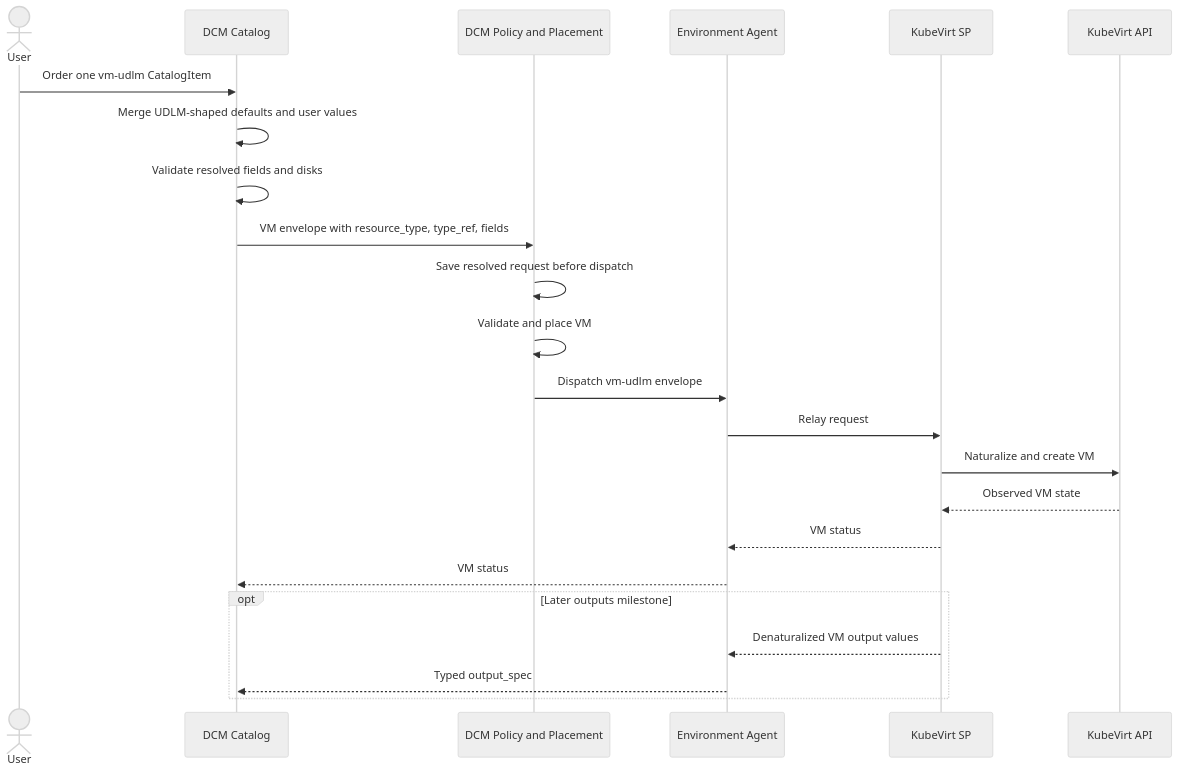
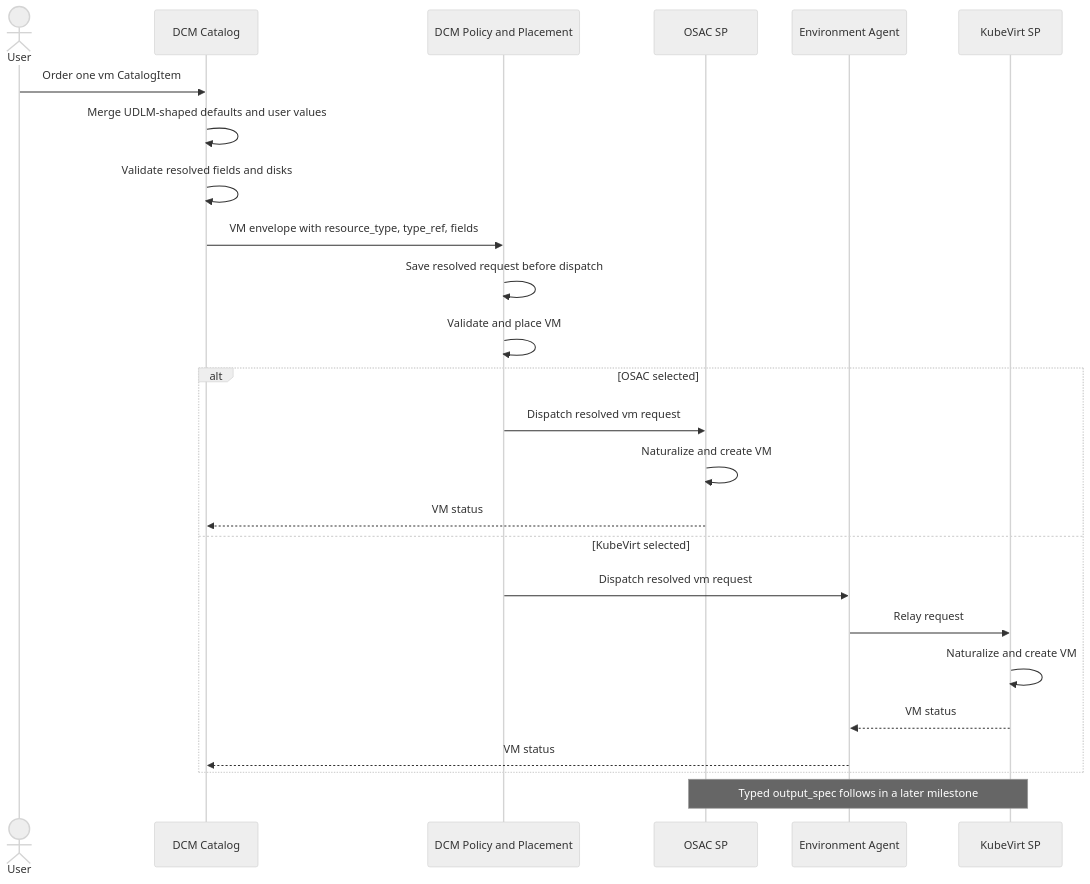
The diagram in enhancements/dcm-udlm-alignment/dcm-udlm-alignment.md (dcm-project/enhancements), drawn with Mermaid (neutral theme) before and after one commit. The commit also changed other lines of this file, not shown here.

Commit message:
docs(dcm-udlm-alignment): use one UDLM VM contract

````diff
--- a/enhancements/dcm-udlm-alignment/dcm-udlm-alignment.md
+++ b/enhancements/dcm-udlm-alignment/dcm-udlm-alignment.md
@@ -350,25 +328,27 @@
 ```mermaid
 sequenceDiagram
     actor User
     participant Catalog as DCM Catalog
     participant Policy as DCM Policy and Placement
+    participant OSAC as OSAC SP
     participant Agent as Environment Agent
-    participant SP as KubeVirt SP
-    participant KubeVirt as KubeVirt API
-    User->>Catalog: Order one vm-udlm CatalogItem
+    participant KV as KubeVirt SP
+    User->>Catalog: Order one vm CatalogItem
     Catalog->>Catalog: Merge UDLM-shaped defaults and user values
     Catalog->>Catalog: Validate resolved fields and disks
     Catalog->>Policy: VM envelope with resource_type, type_ref, fields
     Policy->>Policy: Save resolved request before dispatch
     Policy->>Policy: Validate and place VM
-    Policy->>Agent: Dispatch vm-udlm envelope
-    Agent->>SP: Relay request
-    SP->>KubeVirt: Naturalize and create VM
-    KubeVirt-->>SP: Observed VM state
-    SP-->>Agent: VM status
-    Agent-->>Catalog: VM status
-    opt Later outputs milestone
-        SP-->>Agent: Denaturalized VM output values
-        Agent-->>Catalog: Typed output_spec
+    alt OSAC selected
+        Policy->>OSAC: Dispatch resolved vm request
+        OSAC->>OSAC: Naturalize and create VM
+        OSAC-->>Catalog: VM status
+    else KubeVirt selected
+        Policy->>Agent: Dispatch resolved vm request
+        Agent->>KV: Relay request
+        KV->>KV: Naturalize and create VM
+        KV-->>Agent: VM status
+        Agent-->>Catalog: VM status
     end
+    Note over OSAC,KV: Typed output_spec follows in a later milestone
 ```
````
